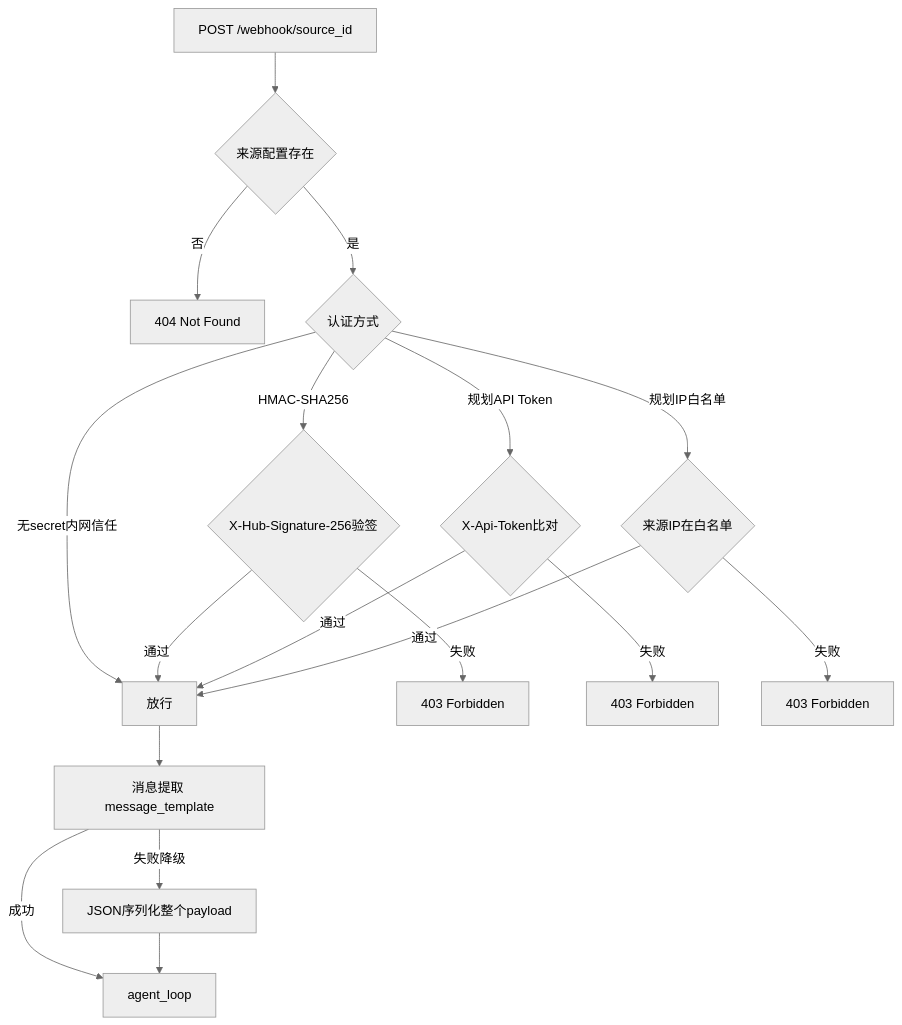
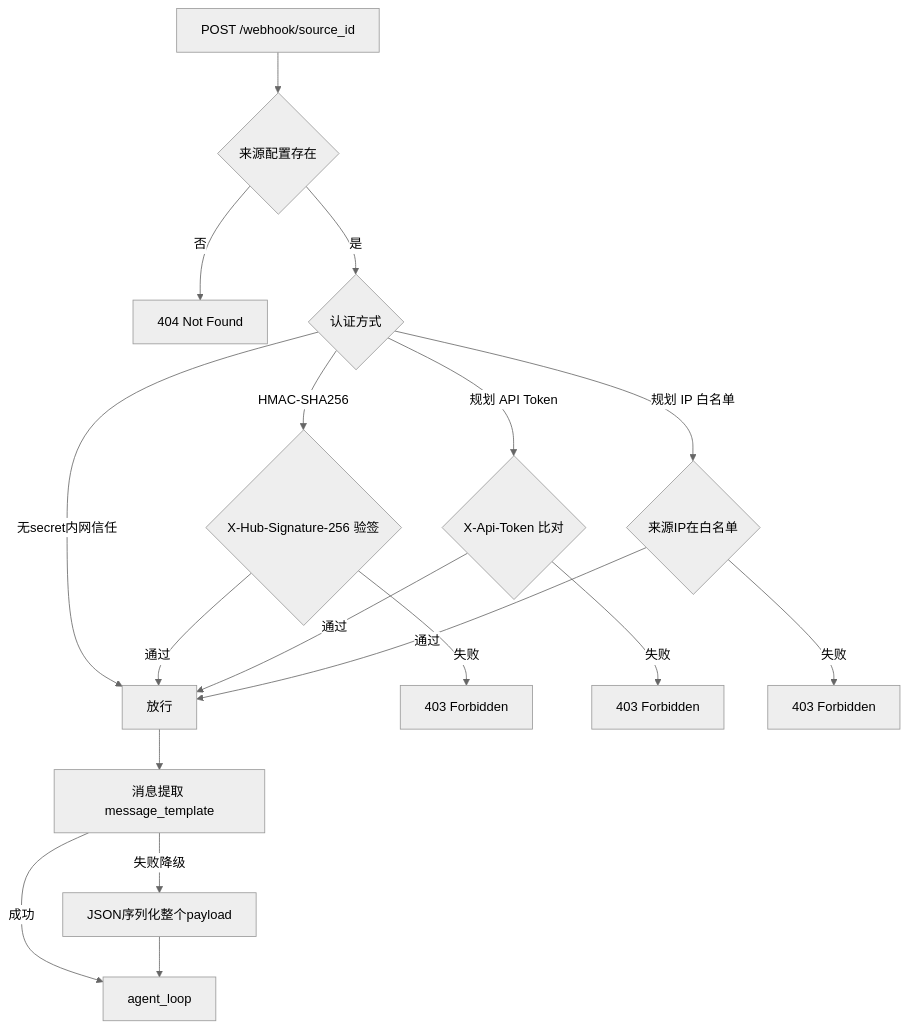
Before and after one commit to Summy2104/fleetent: the second of 3 diagrams in docs/capabilities/scheduling.md, drawn with Mermaid (neutral theme). The commit also changed other lines of this file and 1 other file, not shown here.

Commit message:
docs: fix mermaid VSCode compatibility in observability and scheduling diagrams

````diff
--- a/docs/capabilities/scheduling.md
+++ b/docs/capabilities/scheduling.md
@@ -50,23 +53,23 @@
 ```mermaid
 flowchart TD
-    REQ["POST /webhook/source_id"] --> CFG{来源配置存在}
-    CFG -->|否| E404[404 Not Found]
-    CFG -->|是| AUTH{认证方式}
+    REQ["POST /webhook/source_id"] --> CFG{"来源配置存在"}
+    CFG -->|"否"| E404["404 Not Found"]
+    CFG -->|"是"| AUTH{"认证方式"}
 
-    AUTH -->|无secret内网信任| PASS[放行]
-    AUTH -->|HMAC-SHA256| SIG{X-Hub-Signature-256验签}
-    AUTH -->|规划API Token| TOK{X-Api-Token比对}
-    AUTH -->|规划IP白名单| IP{来源IP在白名单}
+    AUTH -->|"无secret内网信任"| PASS["放行"]
+    AUTH -->|"HMAC-SHA256"| SIG{"X-Hub-Signature-256 验签"}
+    AUTH -->|"规划 API Token"| TOK{"X-Api-Token 比对"}
+    AUTH -->|"规划 IP 白名单"| IP{"来源IP在白名单"}
 
-    SIG -->|通过| PASS
-    SIG -->|失败| E403A[403 Forbidden]
-    TOK -->|通过| PASS
-    TOK -->|失败| E403B[403 Forbidden]
-    IP -->|通过| PASS
-    IP -->|失败| E403C[403 Forbidden]
+    SIG -->|"通过"| PASS
+    SIG -->|"失败"| E403A["403 Forbidden"]
+    TOK -->|"通过"| PASS
+    TOK -->|"失败"| E403B["403 Forbidden"]
+    IP -->|"通过"| PASS
+    IP -->|"失败"| E403C["403 Forbidden"]
 
     PASS --> EXTRACT["消息提取 message_template"]
-    EXTRACT -->|成功| AL[agent_loop]
-    EXTRACT -->|失败降级| FALLBACK["JSON序列化整个payload"]
-    FALLBACK --> AL
+    EXTRACT -->|"成功"| WH_AL["agent_loop"]
+    EXTRACT -->|"失败降级"| FALLBACK["JSON序列化整个payload"]
+    FALLBACK --> WH_AL
 ```
````
